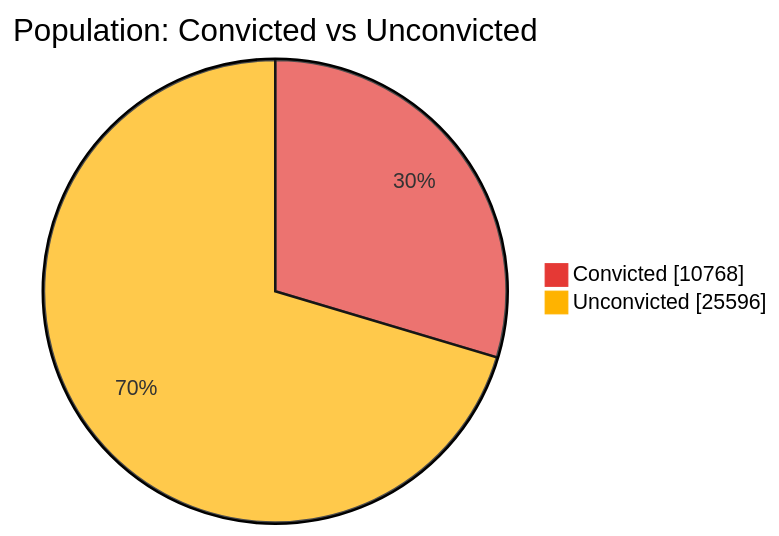
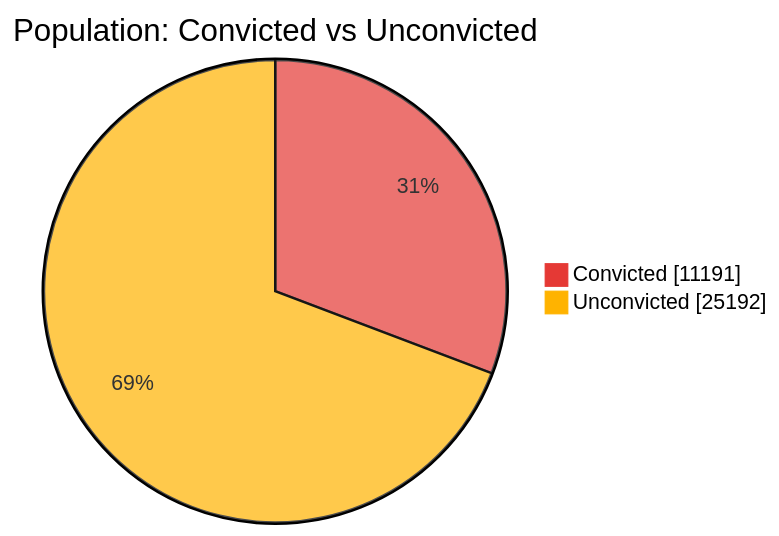
The first of 7 diagrams in README.md (nuuuwan/lk_prisons), drawn with Mermaid before and after one commit. The commit also changed other lines of this file and 1 other file, not shown here.

````diff
--- a/README.md
+++ b/README.md
@@ -43,6 +43,6 @@
 ```mermaid
 %%{init: {'themeVariables': {'pie1': '#E53935', 'pie2': '#FFB300'}}}%%
 pie showData title Population: Convicted vs Unconvicted
-    "Convicted" : 10768
-    "Unconvicted" : 25596
+    "Convicted" : 11191
+    "Unconvicted" : 25192
 ```
````
